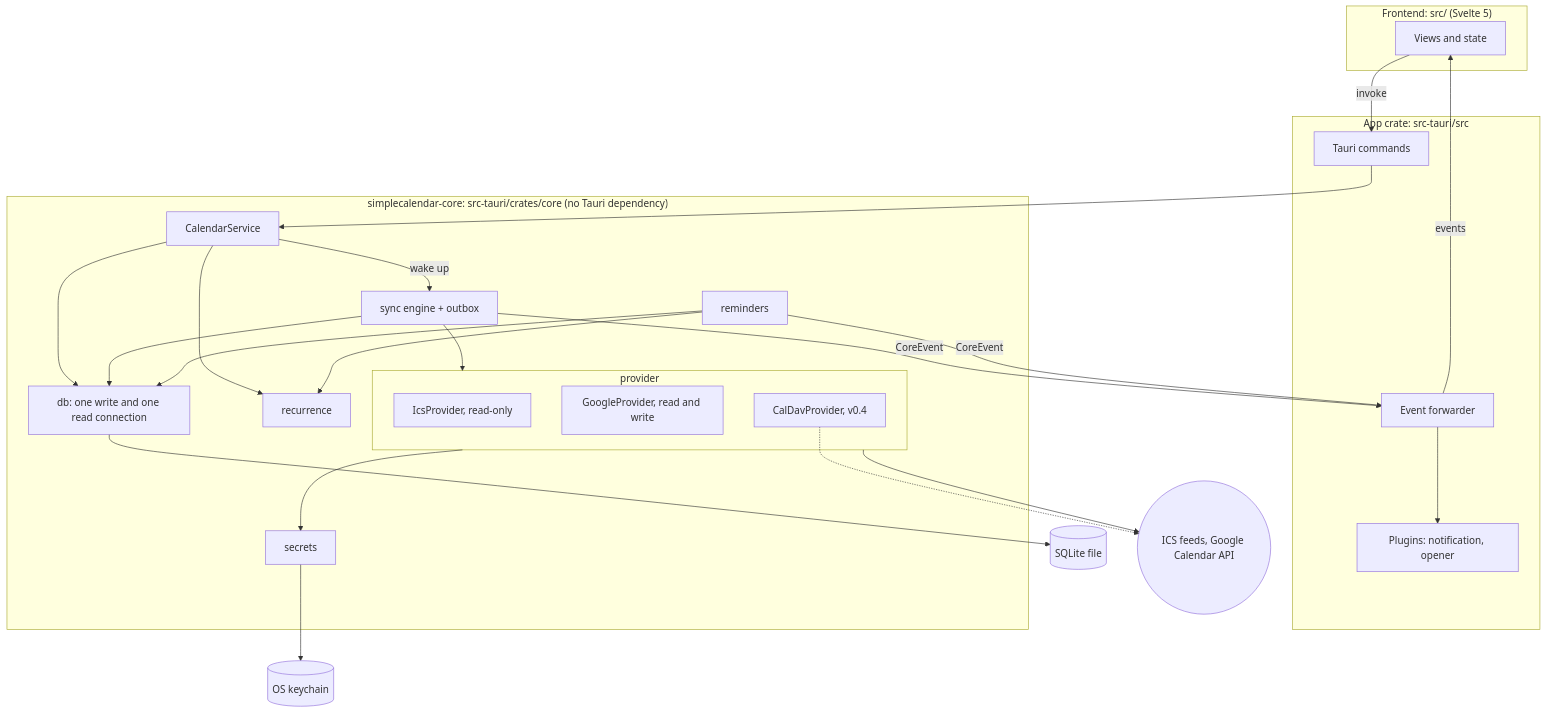
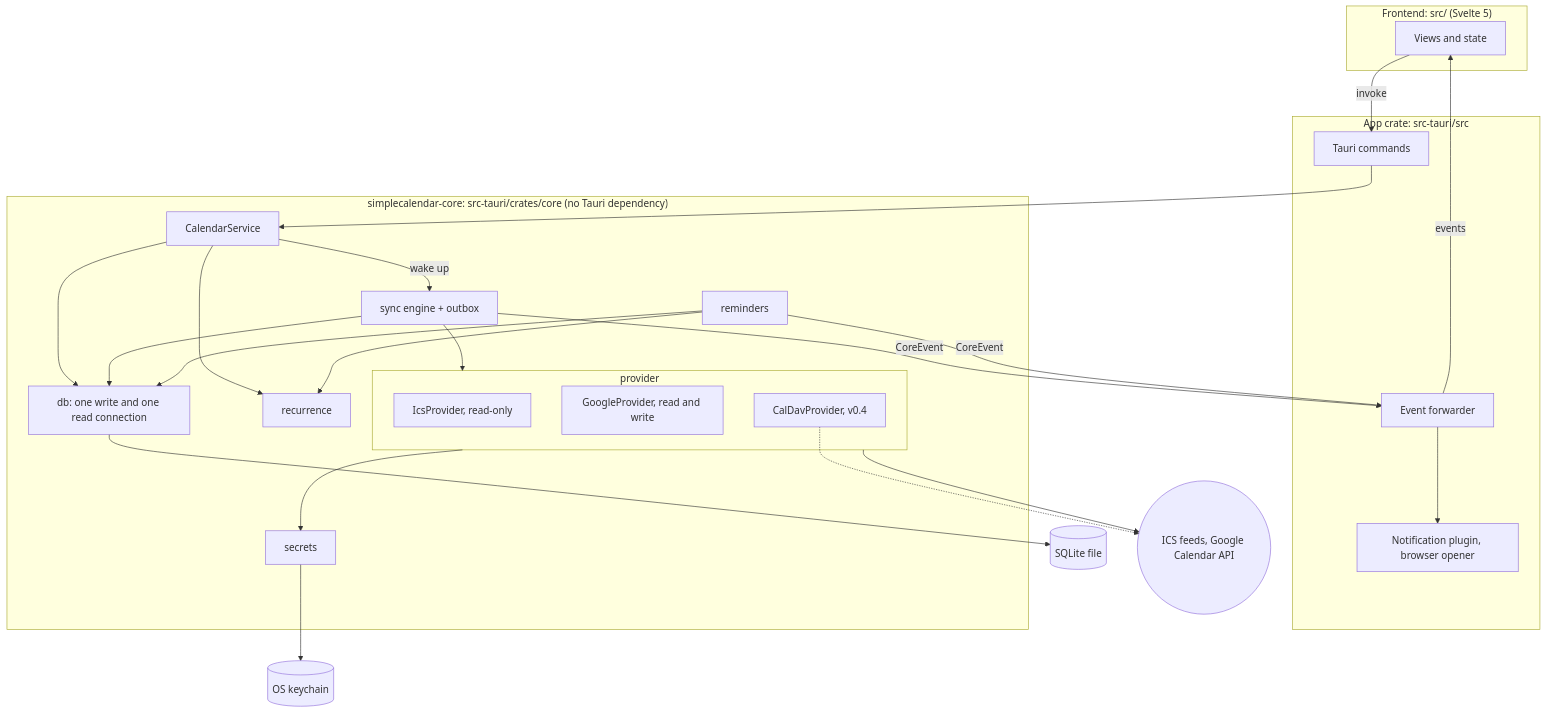
One commit to Adriaan-Cloet/SimpleCalendar changed the first of 2 diagrams in docs/architecture.md. Above: the diagram before and after it, drawn with Mermaid. The commit also changed other lines of this file and 2 other files, not shown here.

````diff
--- a/docs/architecture.md
+++ b/docs/architecture.md
@@ -67,49 +67,49 @@
 ```mermaid
 flowchart TB
     subgraph FE["Frontend: src/ (Svelte 5)"]
         UI["Views and state"]
     end
 
     subgraph APP["App crate: src-tauri/src"]
         CMD["Tauri commands"]
         FWD["Event forwarder"]
-        PLG["Plugins: notification, opener"]
+        PLG["Notification plugin, browser opener"]
     end
 
     subgraph CORE["simplecalendar-core: src-tauri/crates/core (no Tauri dependency)"]
         SVC["CalendarService"]
         REC["recurrence"]
         REM["reminders"]
         DB["db: one write and one read connection"]
         ENG["sync engine + outbox"]
         SEC["secrets"]
         subgraph PRV["provider"]
             ICS["IcsProvider, read-only"]
             GOO["GoogleProvider, read and write"]
             DAV["CalDavProvider, v0.4"]
         end
     end
 
     SQL[("SQLite file")]
     KEY[("OS keychain")]
     NET(("ICS feeds, Google Calendar API"))
 
     UI -->|invoke| CMD
     FWD -->|events| UI
     CMD --> SVC
     SVC --> REC
     SVC --> DB
     SVC -->|wake up| ENG
     ENG --> DB
     ENG --> PRV
     REM --> DB
     REM --> REC
     PRV --> SEC
     PRV --> NET
     DB --> SQL
     SEC --> KEY
     ENG -->|CoreEvent| FWD
     REM -->|CoreEvent| FWD
     FWD --> PLG
     DAV -.-> NET
 ```
````
